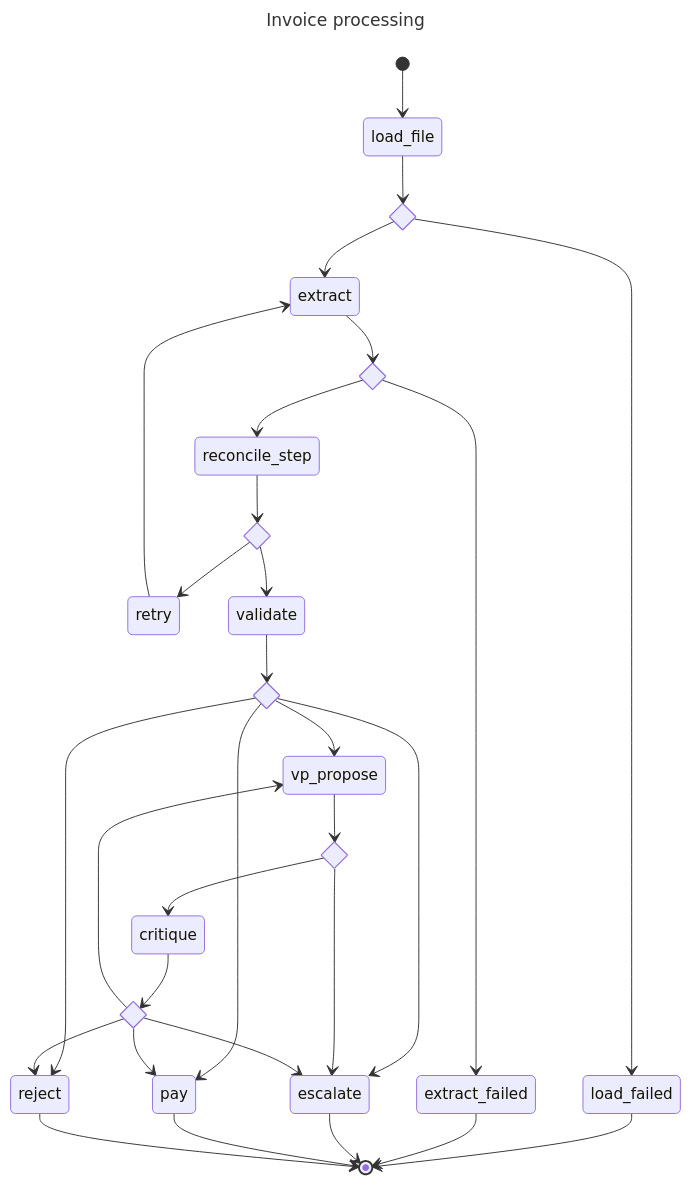
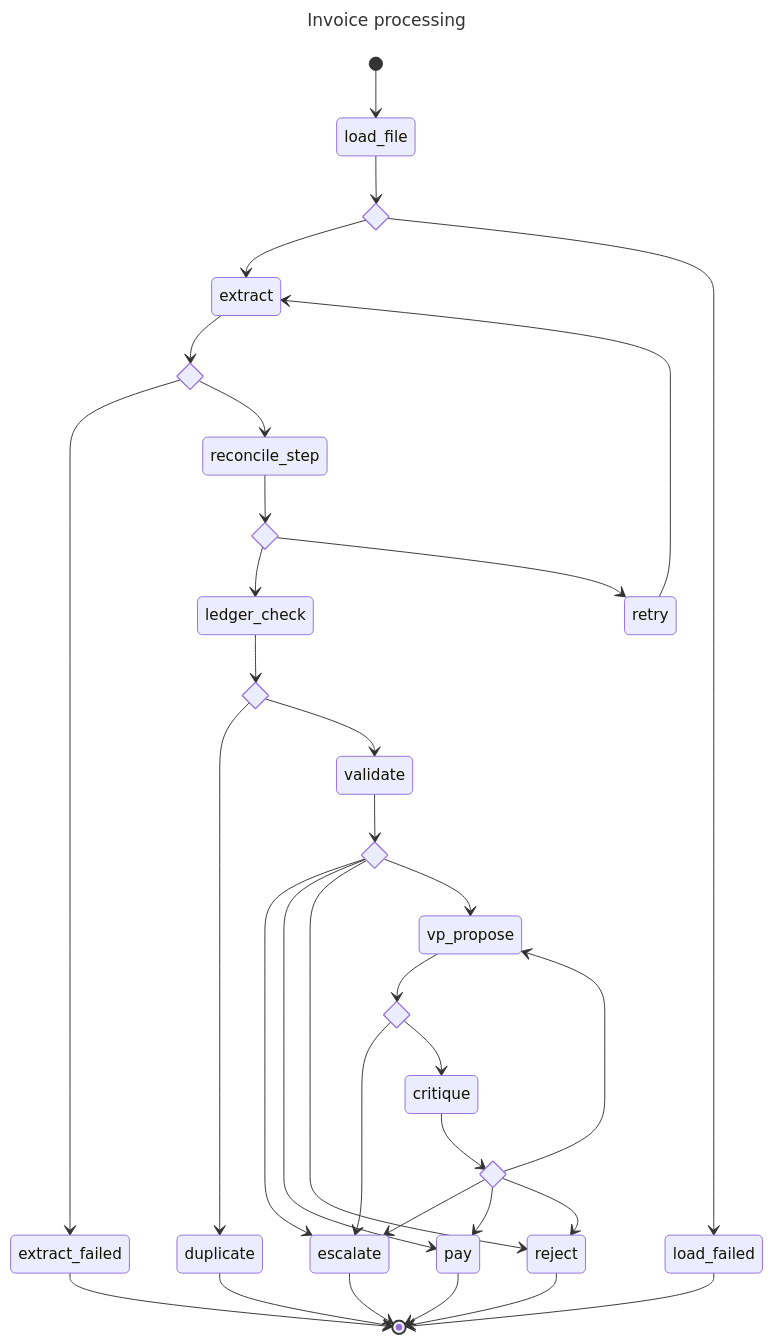
The diagram in docs/graph.mmd (DavidSlayback/galatiq-case-invoices), drawn with Mermaid before and after one commit. The commit also changed 12 other files, not shown here.

Commit message:
Add duplicate and revision ledger, batch mode and history

```diff
--- a/docs/graph.mmd
+++ b/docs/graph.mmd
@@ -1,52 +1,59 @@
 ---
 title: Invoice processing
 ---
 stateDiagram-v2
   load_file
   state decision <<choice>>
   extract
   load_failed
   state decision_2 <<choice>>
   extract_failed
   reconcile_step
   state decision_3 <<choice>>
+  ledger_check
   retry
+  state decision_4 <<choice>>
+  duplicate
   validate
-  state decision_4 <<choice>>
+  state decision_5 <<choice>>
   escalate
   pay
   reject
   vp_propose
-  state decision_5 <<choice>>
+  state decision_6 <<choice>>
   critique
-  state decision_6 <<choice>>
+  state decision_7 <<choice>>
 
   [*] --> load_file
   load_file --> decision
   decision --> extract
   decision --> load_failed
   extract --> decision_2
   load_failed --> [*]
   decision_2 --> extract_failed
   decision_2 --> reconcile_step
   extract_failed --> [*]
   reconcile_step --> decision_3
+  decision_3 --> ledger_check
   decision_3 --> retry
-  decision_3 --> validate
   retry --> extract
-  validate --> decision_4
-  decision_4 --> escalate
-  decision_4 --> pay
-  decision_4 --> reject
-  decision_4 --> vp_propose
+  ledger_check --> decision_4
+  decision_4 --> duplicate
+  decision_4 --> validate
+  duplicate --> [*]
+  validate --> decision_5
+  decision_5 --> escalate
+  decision_5 --> pay
+  decision_5 --> reject
+  decision_5 --> vp_propose
   escalate --> [*]
   pay --> [*]
   reject --> [*]
-  vp_propose --> decision_5
-  decision_5 --> escalate
-  decision_5 --> critique
-  critique --> decision_6
+  vp_propose --> decision_6
   decision_6 --> escalate
-  decision_6 --> pay
-  decision_6 --> reject
-  decision_6 --> vp_propose
+  decision_6 --> critique
+  critique --> decision_7
+  decision_7 --> escalate
+  decision_7 --> pay
+  decision_7 --> reject
+  decision_7 --> vp_propose
```
